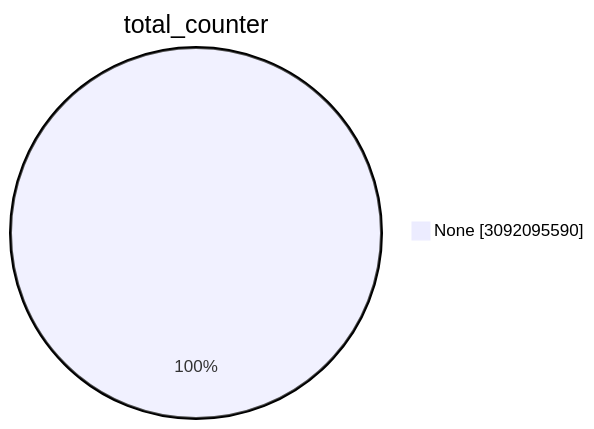
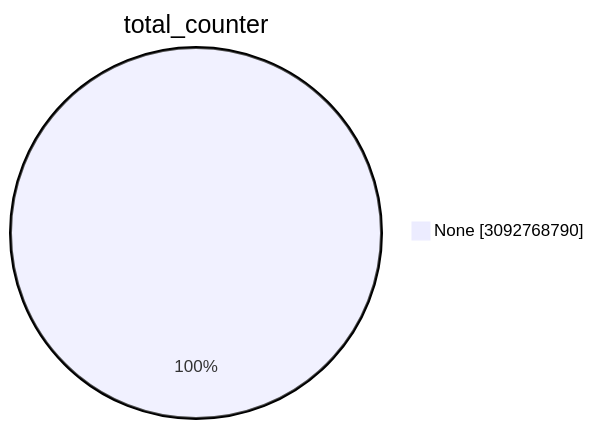
The first of 15 diagrams in TOTAL/README.md (christiankrug/ctmonitor_visualization), drawn with Mermaid before and after one commit. The commit also changed other lines of this file, not shown here.

````diff
--- a/TOTAL/README.md
+++ b/TOTAL/README.md
@@ -1,5 +1,5 @@
 ```mermaid
 pie showData
 title total_counter
-"None" :3092095590
+"None" :3092768790
 ```
````
